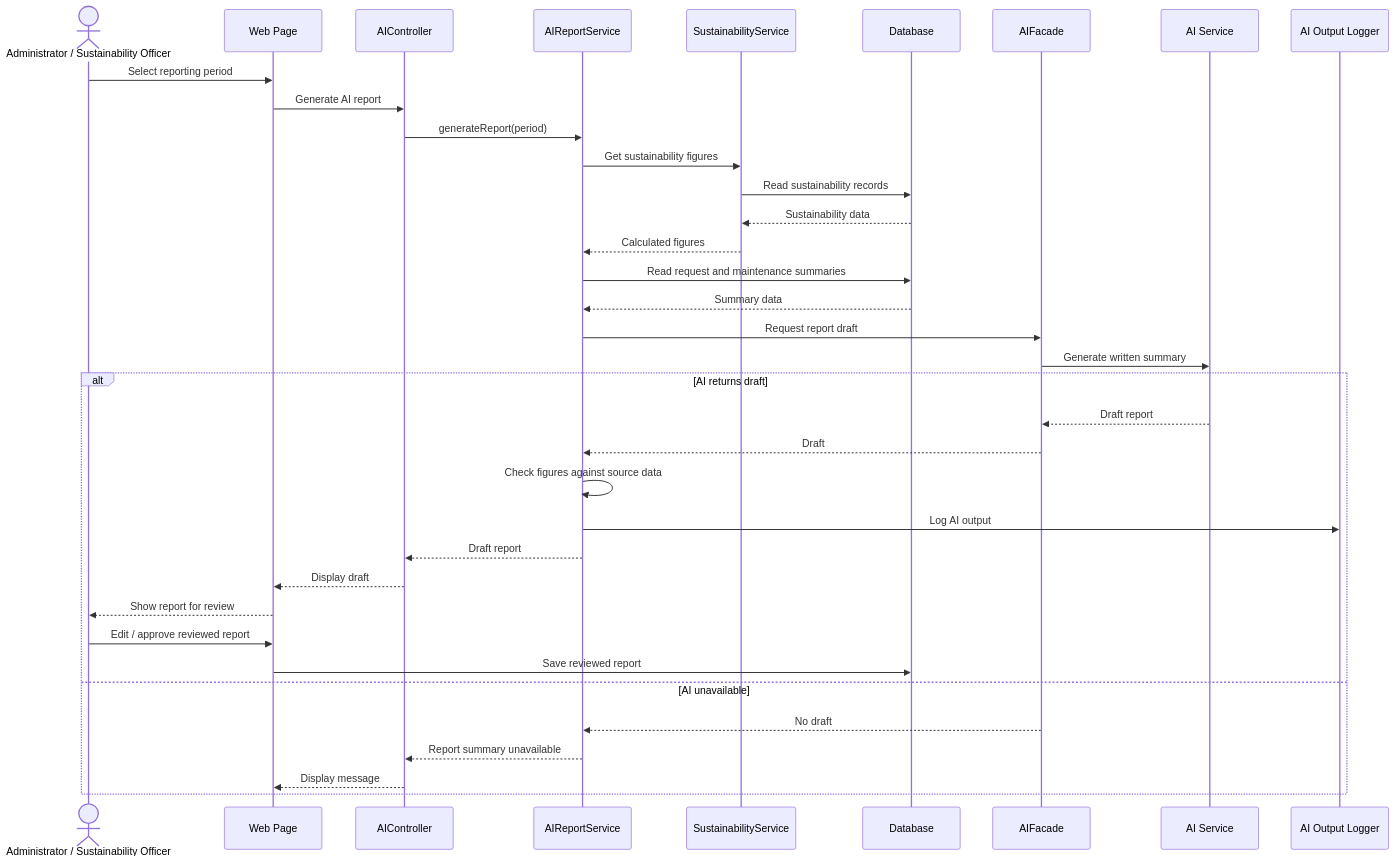
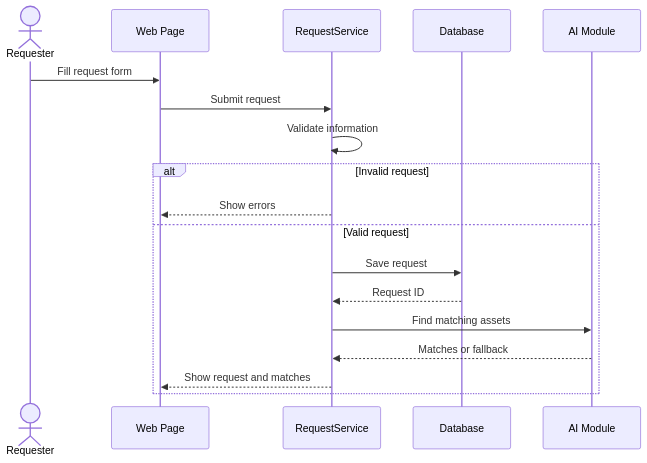
One commit to Abdulla66541/COSC336-GROUP5 changed the fifth of 12 diagrams in phase 4-5/01_part1_assets_marketplace_requests.md. Above: the diagram before and after it, drawn with Mermaid. The commit also changed other lines of this file, not shown here.

````diff
--- a/phase 4-5/01_part1_assets_marketplace_requests.md
+++ b/phase 4-5/01_part1_assets_marketplace_requests.md
@@ -270,40 +234,22 @@
 ```mermaid
 sequenceDiagram
-    actor U as Administrator / Sustainability Officer
+    actor RQ as Requester
     participant UI as Web Page
-    participant AIC as AIController
-    participant AR as AIReportService
-    participant SS as SustainabilityService
+    participant S as RequestService
     participant DB as Database
-    participant AF as AIFacade
-    participant AI as AI Service
-    participant LOG as AI Output Logger
+    participant AI as AI Module
 
-    U->>UI: Select reporting period
-    UI->>AIC: Generate AI report
-    AIC->>AR: generateReport(period)
-    AR->>SS: Get sustainability figures
-    SS->>DB: Read sustainability records
-    DB-->>SS: Sustainability data
-    SS-->>AR: Calculated figures
-    AR->>DB: Read request and maintenance summaries
-    DB-->>AR: Summary data
-    AR->>AF: Request report draft
-    AF->>AI: Generate written summary
+    RQ->>UI: Fill request form
+    UI->>S: Submit request
+    S->>S: Validate information
 
-    alt AI returns draft
-        AI-->>AF: Draft report
-        AF-->>AR: Draft
-        AR->>AR: Check figures against source data
-        AR->>LOG: Log AI output
-        AR-->>AIC: Draft report
-        AIC-->>UI: Display draft
-        UI-->>U: Show report for review
-        U->>UI: Edit / approve reviewed report
-        UI->>DB: Save reviewed report
-    else AI unavailable
-        AF-->>AR: No draft
-        AR-->>AIC: Report summary unavailable
-        AIC-->>UI: Display message
+    alt Invalid request
+        S-->>UI: Show errors
+    else Valid request
+        S->>DB: Save request
+        DB-->>S: Request ID
+        S->>AI: Find matching assets
+        AI-->>S: Matches or fallback
+        S-->>UI: Show request and matches
     end
 ```
````
